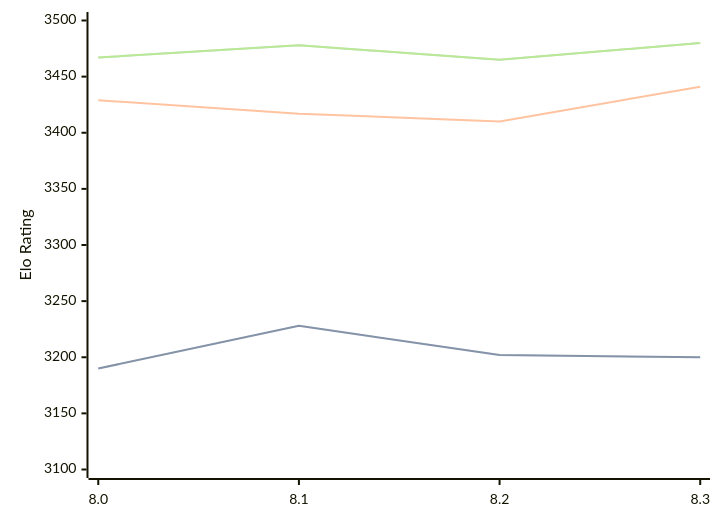
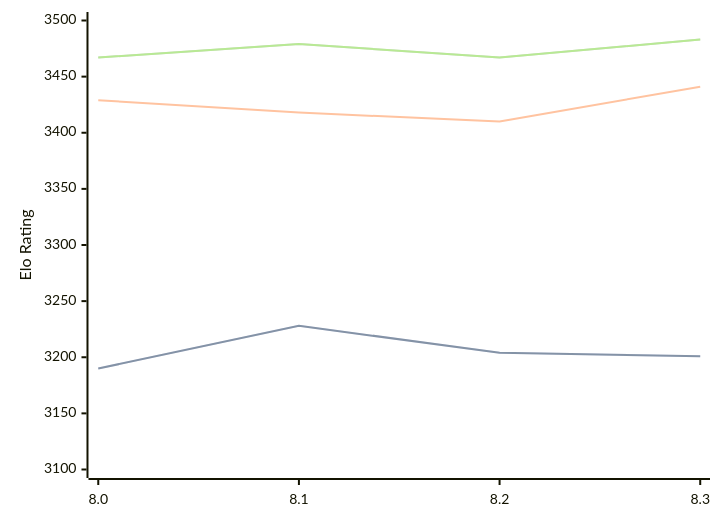
The diagram in engines/Alexander.md (computer-chess-index/cci), drawn with Mermaid before and after one commit. The commit also changed other lines of this file, not shown here.

Commit message:
Update CCI Ratings (ELO VLTC) - 2026-05-17

````diff
--- a/engines/Alexander.md
+++ b/engines/Alexander.md
@@ -48,11 +48,11 @@
 ```mermaid
 %%{init: {"theme":"base","themeVariables":{"seriesColors:['#a3a3a3','#222221','#faa371']}}}%%
 xychart-beta
   x-axis ["8.0", "8.1", "8.2", "8.3"]
   y-axis "Elo Rating" 3100 --> 3500
-  line "STC (8.0+0.08s)" [3190, 3228, 3202, 3200]
-  line "STC (8.0+0.08s)" [3190, 3228, 3202, 3200]
-  line "LTC (60.0+0.60s)" [3429, 3417, 3410, 3441]
-  line "VLTC (2m24s+1.12s)" [3467, 3478, 3465, 3480]
-  line "VLTC (2m24s+1.12s)" [3467, 3478, 3465, 3480]
+  line "STC (8.0+0.08s)" [3190, 3228, 3204, 3201]
+  line "STC (8.0+0.08s)" [3190, 3228, 3204, 3201]
+  line "LTC (60.0+0.60s)" [3429, 3418, 3410, 3441]
+  line "VLTC (2m24s+1.12s)" [3467, 3479, 3467, 3483]
+  line "VLTC (2m24s+1.12s)" [3467, 3479, 3467, 3483]
 ```
````
